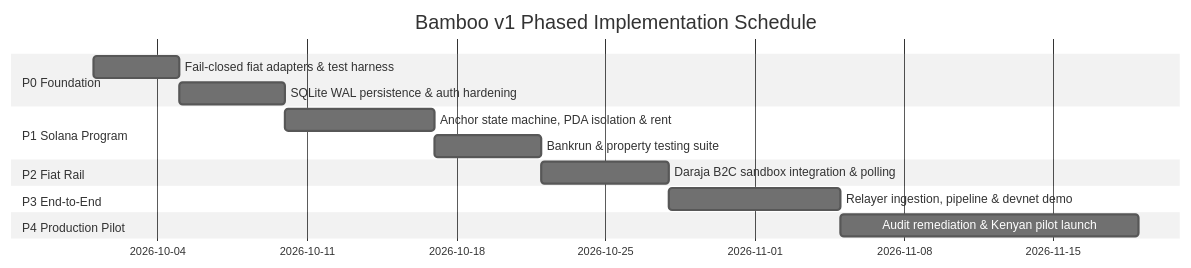
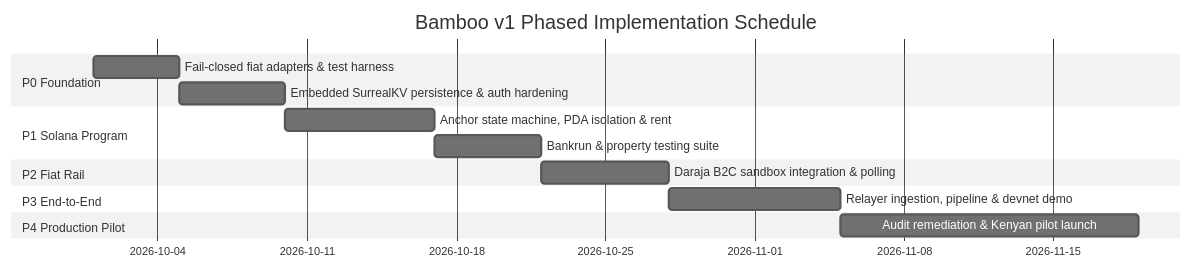
The diagram in docs/plan/40-implementation-plan.md (alikulaOwen/bamboo), drawn with Mermaid (neutral theme) before and after one commit. The commit also changed other lines of this file and 17 other files, not shown here.

````diff
--- a/docs/plan/40-implementation-plan.md
+++ b/docs/plan/40-implementation-plan.md
@@ -27,17 +27,17 @@
 ```mermaid
 gantt
     title Bamboo v1 Phased Implementation Schedule
     dateFormat  YYYY-MM-DD
     section P0 Foundation
     Fail-closed fiat adapters & test harness      :p0_1, 2026-10-01, 4d
-    SQLite WAL persistence & auth hardening       :p0_2, after p0_1, 5d
+    Embedded SurrealKV persistence & auth hardening :p0_2, after p0_1, 5d
     section P1 Solana Program
     Anchor state machine, PDA isolation & rent    :p1_1, after p0_2, 7d
     Bankrun & property testing suite              :p1_2, after p1_1, 5d
     section P2 Fiat Rail
     Daraja B2C sandbox integration & polling     :p2_1, after p1_2, 6d
     section P3 End-to-End
     Relayer ingestion, pipeline & devnet demo     :p3_1, after p2_1, 8d
     section P4 Production Pilot
     Audit remediation & Kenyan pilot launch       :p4_1, after p3_1, 14d
 ```
````
